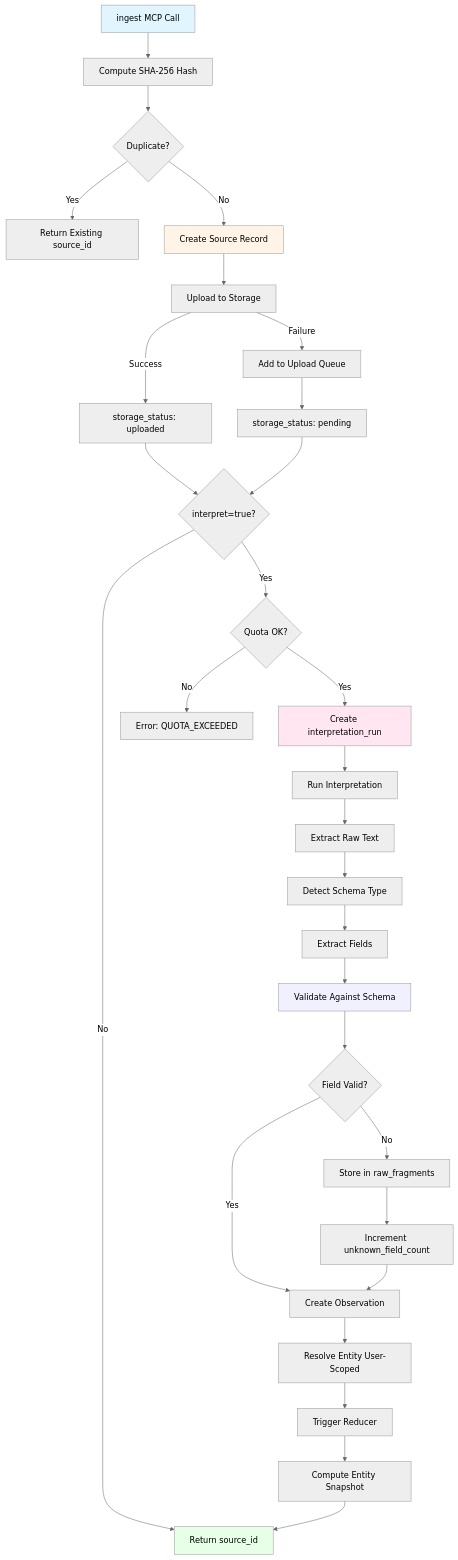
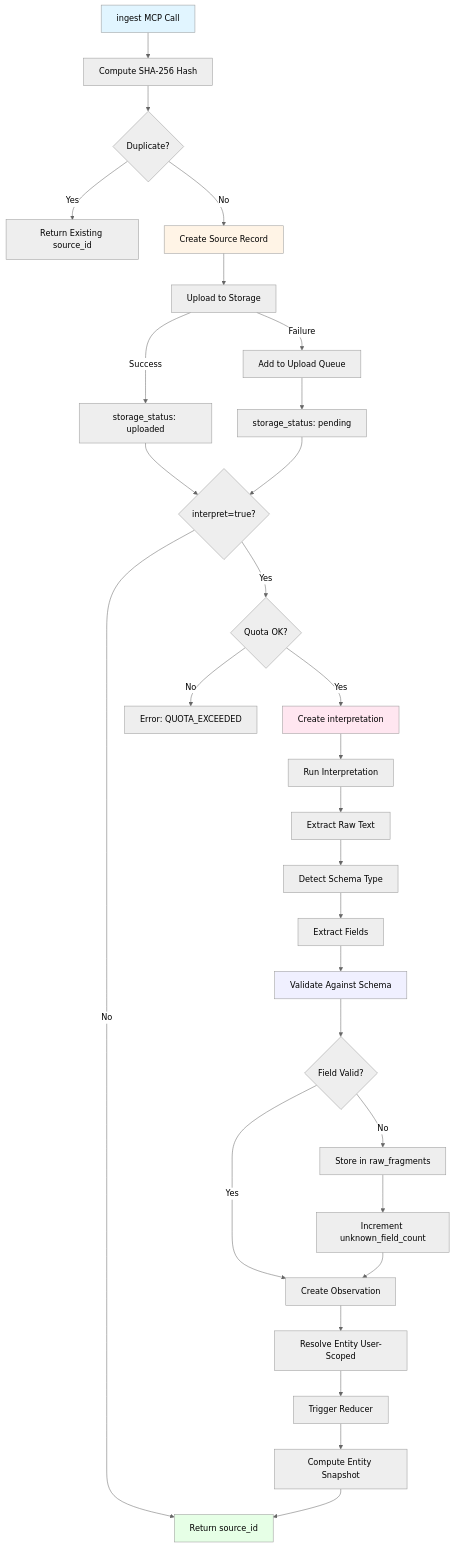
One commit to markmhendrickson/neotoma changed the first of 2 diagrams in docs/subsystems/ingestion/ingestion.md. Above: the diagram before and after it, drawn with Mermaid. The commit also changed other lines of this file and 298 other files, not shown here.

````diff
--- a/docs/subsystems/ingestion/ingestion.md
+++ b/docs/subsystems/ingestion/ingestion.md
@@ -45,37 +45,37 @@
 ```mermaid
 %%{init: {'theme':'neutral'}}%%
 flowchart TD
     Start[ingest MCP Call] --> Hash[Compute SHA-256 Hash]
     Hash --> Dedup{Duplicate?}
     Dedup -->|Yes| ReturnExisting[Return Existing source_id]
     Dedup -->|No| StoreSource[Create Source Record]
     StoreSource --> Upload[Upload to Storage]
     Upload -->|Success| UploadOK[storage_status: uploaded]
     Upload -->|Failure| Queue[Add to Upload Queue]
     Queue --> UploadPending[storage_status: pending]
     UploadOK --> CheckInterpret{interpret=true?}
     UploadPending --> CheckInterpret
     CheckInterpret -->|No| Done[Return source_id]
     CheckInterpret -->|Yes| CheckQuota{Quota OK?}
     CheckQuota -->|No| QuotaError[Error: QUOTA_EXCEEDED]
-    CheckQuota -->|Yes| CreateRun[Create interpretation_run]
+    CheckQuota -->|Yes| CreateRun[Create interpretation]
     CreateRun --> Interpret[Run Interpretation]
     Interpret --> ExtractText[Extract Raw Text]
     ExtractText --> DetectSchema[Detect Schema Type]
     DetectSchema --> ExtractFields[Extract Fields]
     ExtractFields --> ValidateSchema[Validate Against Schema]
     ValidateSchema --> SplitFields{Field Valid?}
     SplitFields -->|Yes| CreateObs[Create Observation]
     SplitFields -->|No| StoreFragment[Store in raw_fragments]
     CreateObs --> ResolveEntity[Resolve Entity User-Scoped]
     ResolveEntity --> TriggerReducer[Trigger Reducer]
     TriggerReducer --> ComputeSnapshot[Compute Entity Snapshot]
     StoreFragment --> IncrementCount[Increment unknown_field_count]
     IncrementCount --> CreateObs
     ComputeSnapshot --> Done
     style Start fill:#e1f5ff
     style Done fill:#e6ffe6
     style StoreSource fill:#fff4e6
     style CreateRun fill:#ffe6f0
     style ValidateSchema fill:#f0f0ff
 ```
````
